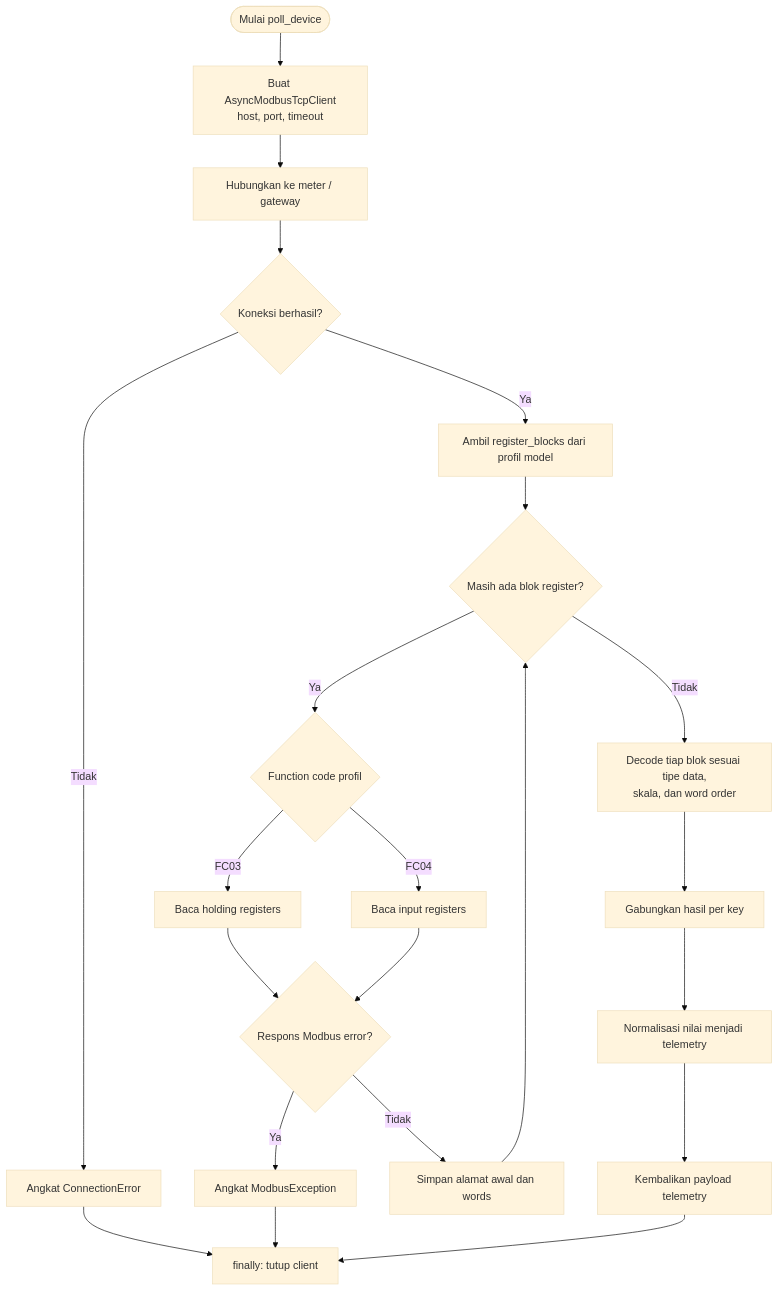
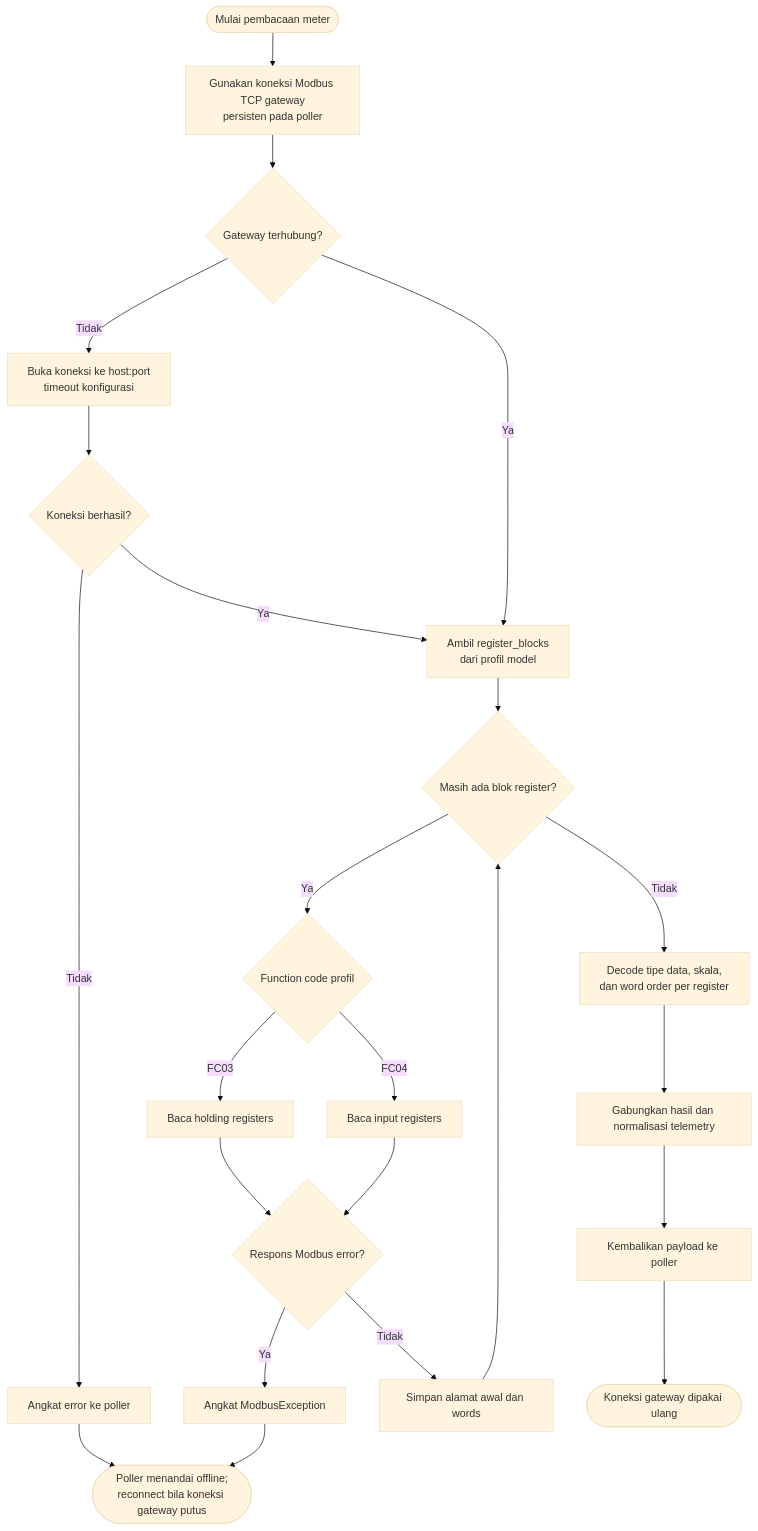
The second of 7 diagrams in docs/program-flowchart.md (etbimm/energy-monitoring-system), drawn with Mermaid (base theme) before and after one commit. The commit also changed other lines of this file and 59 other files, not shown here.

Commit message:
1. Update addressing parameter power meter 2. Fixing bug 3. Update flowchart & diagram blok

````diff
--- a/docs/program-flowchart.md
+++ b/docs/program-flowchart.md
@@ -137,24 +160,25 @@
 ```mermaid
 flowchart TD
-    A([Mulai poll_device]) --> B[Buat AsyncModbusTcpClient<br/>host, port, timeout]
-    B --> C[Hubungkan ke meter / gateway]
-    C --> D{Koneksi berhasil?}
-    D -- Tidak --> E[Angkat ConnectionError]
-    D -- Ya --> F[Ambil register_blocks dari profil model]
-    F --> G{Masih ada blok register?}
-    G -- Ya --> H{Function code profil}
-    H -- FC03 --> I[Baca holding registers]
-    H -- FC04 --> J[Baca input registers]
-    I --> K{Respons Modbus error?}
-    J --> K
-    K -- Ya --> L[Angkat ModbusException]
-    K -- Tidak --> M[Simpan alamat awal dan words]
-    M --> G
-    G -- Tidak --> N[Decode tiap blok sesuai tipe data,<br/>skala, dan word order]
-    N --> O[Gabungkan hasil per key]
-    O --> P[Normalisasi nilai menjadi telemetry]
-    P --> Q[Kembalikan payload telemetry]
-    E --> R[finally: tutup client]
-    L --> R
-    Q --> R
+    A([Mulai pembacaan meter]) --> B[Gunakan koneksi Modbus TCP gateway<br/>persisten pada poller]
+    B --> C{Gateway terhubung?}
+    C -- Tidak --> D[Buka koneksi ke host:port<br/>timeout konfigurasi]
+    D --> E{Koneksi berhasil?}
+    E -- Tidak --> F[Angkat error ke poller]
+    E -- Ya --> G[Ambil register_blocks<br/>dari profil model]
+    C -- Ya --> G
+    G --> H{Masih ada blok register?}
+    H -- Ya --> I{Function code profil}
+    I -- FC03 --> J[Baca holding registers]
+    I -- FC04 --> K[Baca input registers]
+    J --> L{Respons Modbus error?}
+    K --> L
+    L -- Ya --> M[Angkat ModbusException]
+    L -- Tidak --> N[Simpan alamat awal dan words]
+    N --> H
+    H -- Tidak --> O[Decode tipe data, skala,<br/>dan word order per register]
+    O --> P[Gabungkan hasil dan normalisasi telemetry]
+    P --> Q[Kembalikan payload ke poller]
+    F --> R([Poller menandai offline;<br/>reconnect bila koneksi gateway putus])
+    M --> R
+    Q --> S([Koneksi gateway dipakai ulang])
 ```
````
